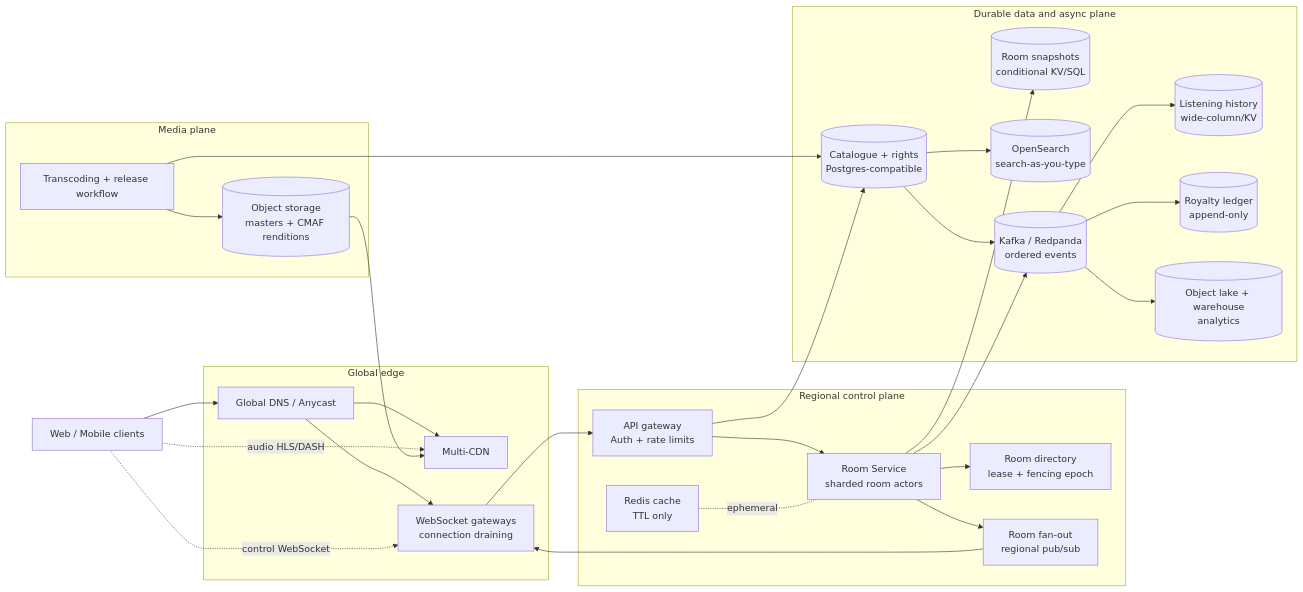
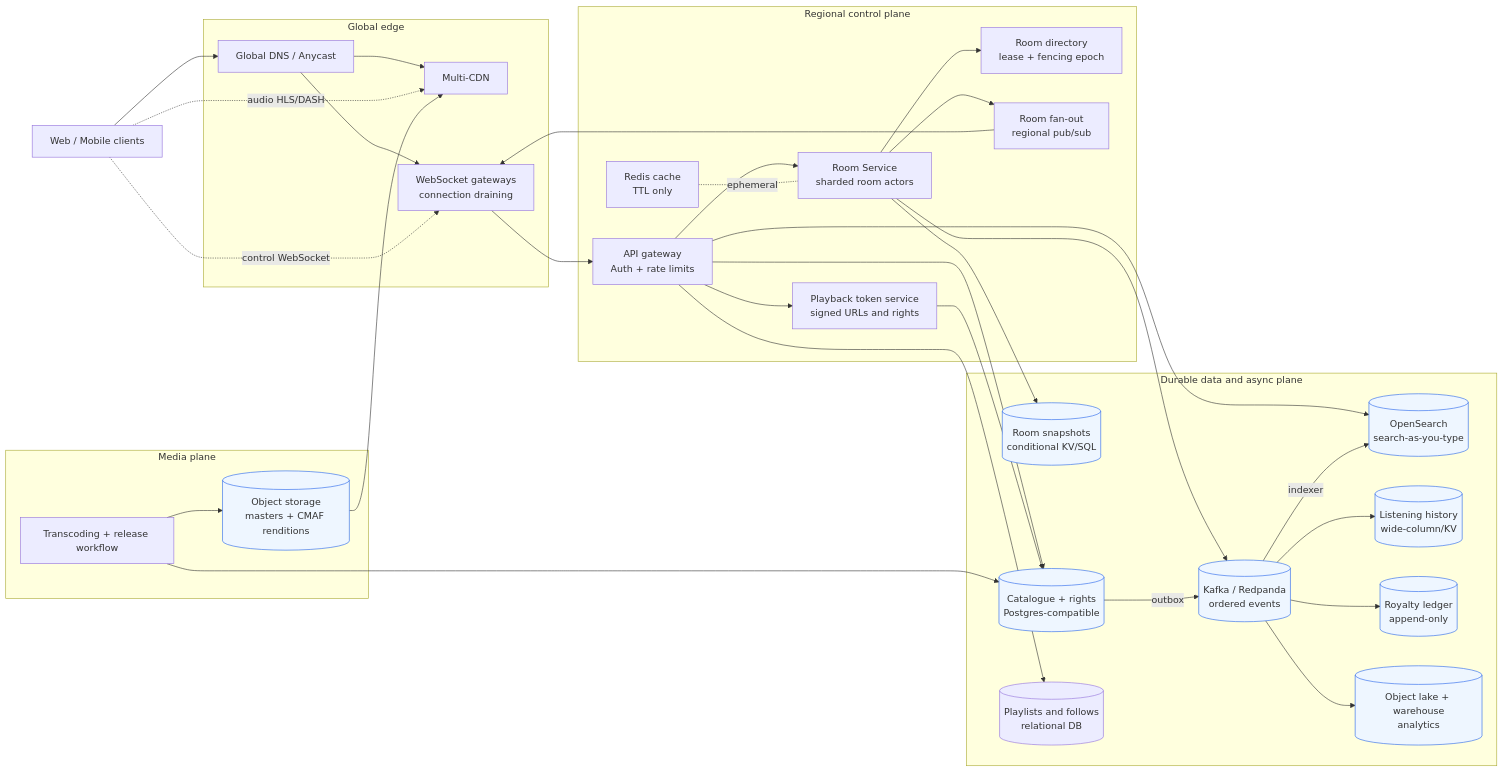
Before and after one commit to soumyarajbag/Sapien-Robotics-Assessment: the first of 2 diagrams in question-2/docs/design.md, drawn with Mermaid. The commit also changed other lines of this file and 2 other files, not shown here.

Commit message:
docs(question-2): align architecture and pause diagrams

````diff
--- a/question-2/docs/design.md
+++ b/question-2/docs/design.md
@@ -25,56 +25,65 @@
 ```mermaid
 flowchart LR
     U[Web / Mobile clients]
 
     subgraph Edge[Global edge]
         DNS[Global DNS / Anycast]
         CDN[Multi-CDN]
         WSG[WebSocket gateways<br/>connection draining]
     end
 
     subgraph Control[Regional control plane]
         API[API gateway<br/>Auth + rate limits]
         RS[Room Service<br/>sharded room actors]
         DIR[Room directory<br/>lease + fencing epoch]
         FAN[Room fan-out<br/>regional pub/sub]
         CACHE[Redis cache<br/>TTL only]
+        TOKEN[Playback token service<br/>signed URLs and rights]
     end
 
     subgraph Data[Durable data and async plane]
         ROOM[(Room snapshots<br/>conditional KV/SQL)]
         CAT[(Catalogue + rights<br/>Postgres-compatible)]
         SEARCH[(OpenSearch<br/>search-as-you-type)]
         BUS[(Kafka / Redpanda<br/>ordered events)]
         HIST[(Listening history<br/>wide-column/KV)]
         LEDGER[(Royalty ledger<br/>append-only)]
         LAKE[(Object lake + warehouse<br/>analytics)]
+        PLAY[(Playlists and follows<br/>relational DB)]
     end
 
     subgraph Media[Media plane]
         OBJ[(Object storage<br/>masters + CMAF renditions)]
         TRANS[Transcoding + release workflow]
     end
 
     U --> DNS
     DNS --> WSG
     DNS --> CDN
     U -. control WebSocket .-> WSG
     U -. audio HLS/DASH .-> CDN
     WSG --> API
     API --> RS
+    API --> SEARCH
+    API --> TOKEN
+    API --> PLAY
     RS --> DIR
     RS --> ROOM
     RS --> FAN
     FAN --> WSG
     RS --> BUS
     API --> CAT
-    CAT --> SEARCH
-    CAT --> BUS
+    TOKEN --> CAT
+    CAT -->|outbox| BUS
+    BUS -->|indexer| SEARCH
     BUS --> HIST
     BUS --> LEDGER
     BUS --> LAKE
     TRANS --> OBJ
     TRANS --> CAT
     OBJ --> CDN
     CACHE -. ephemeral .- RS
+
+    classDef store fill:#eef6ff,stroke:#2563eb,stroke-width:1px;
+    class ROOM,CAT,SEARCH,BUS,HIST,LEDGER,LAKE,OBJ store;
 ```
````
